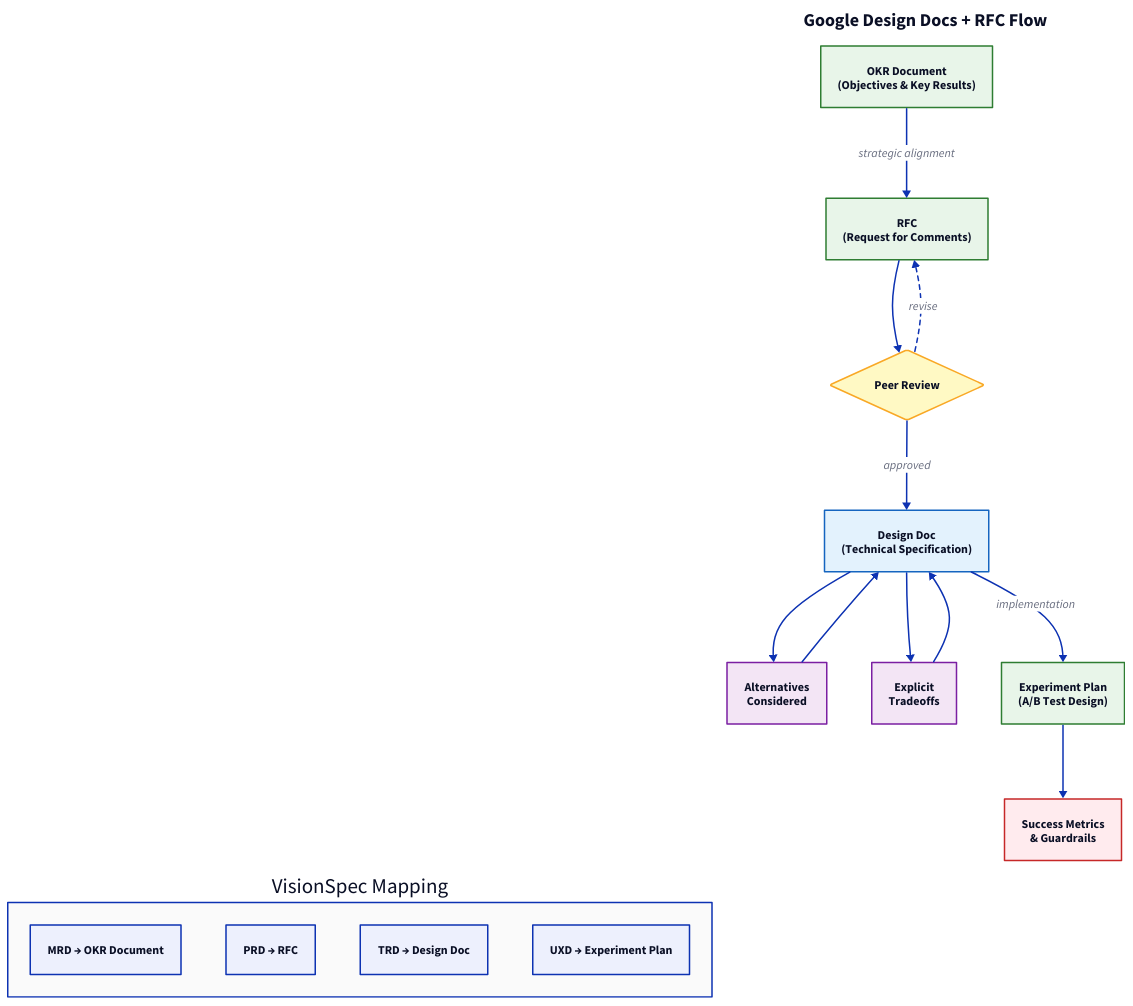
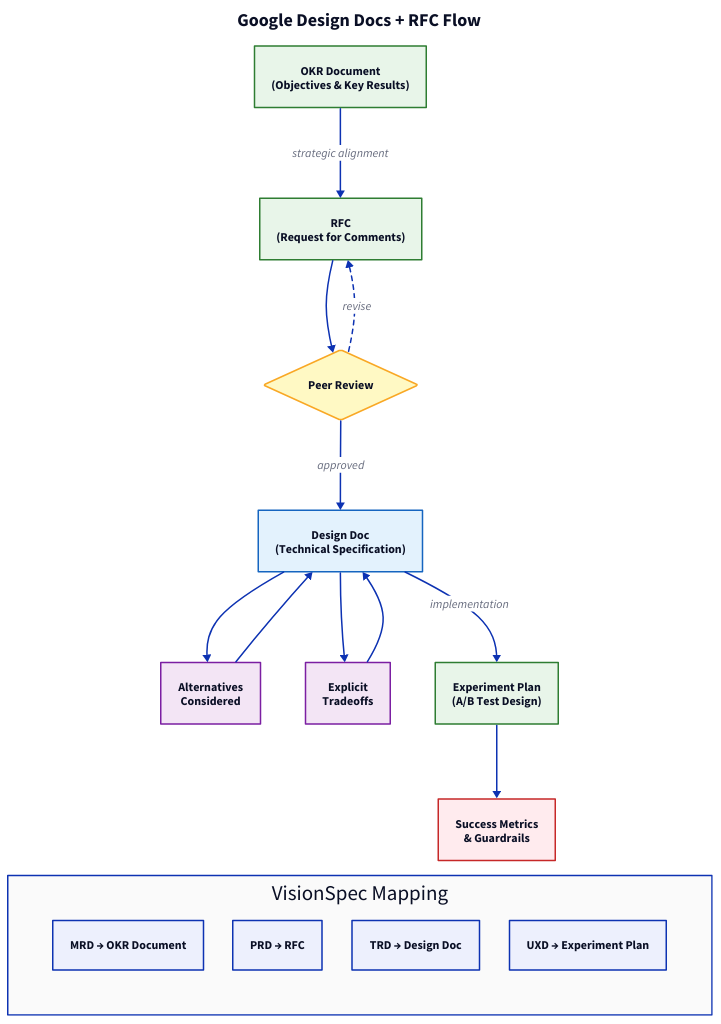
Before and after one commit to plexusone/multispec: the diagram in docs/diagrams/google-flow.d2, drawn with D2. The commit also changed 7 other files, not shown here.

First line of the commit message:
fix(diagrams): correct legend positioning to bottom-center

```diff
--- a/docs/diagrams/google-flow.d2
+++ b/docs/diagrams/google-flow.d2
@@ -1,98 +1,100 @@
 # Google Design Docs + RFC Flow
 # Layout: ELK
 
 direction: down
 
 title: {
   label: Google Design Docs + RFC Flow
   near: top-center
   shape: text
   style.font-size: 24
   style.bold: true
 }
 
 # OKR Phase
 okr: {
   label: OKR Document\n(Objectives & Key Results)
   shape: rectangle
   style.fill: "#e8f5e9"
   style.stroke: "#2e7d32"
 }
 
 # RFC Phase
 rfc: {
   label: RFC\n(Request for Comments)
   shape: rectangle
   style.fill: "#e8f5e9"
   style.stroke: "#2e7d32"
 }
 
 review: {
   label: Peer Review
   shape: diamond
   style.fill: "#fff9c4"
   style.stroke: "#f9a825"
 }
 
 # Design Doc Phase
 design_doc: {
   label: Design Doc\n(Technical Specification)
   shape: rectangle
   style.fill: "#e3f2fd"
   style.stroke: "#1565c0"
 }
 
 alternatives: {
   label: Alternatives\nConsidered
   shape: rectangle
   style.fill: "#f3e5f5"
   style.stroke: "#7b1fa2"
 }
 
 tradeoffs: {
   label: Explicit\nTradeoffs
   shape: rectangle
   style.fill: "#f3e5f5"
   style.stroke: "#7b1fa2"
 }
 
 # Experiment Phase
 experiment: {
   label: Experiment Plan\n(A/B Test Design)
   shape: rectangle
   style.fill: "#e8f5e9"
   style.stroke: "#2e7d32"
 }
 
 metrics: {
   label: Success Metrics\n& Guardrails
   shape: rectangle
   style.fill: "#ffebee"
   style.stroke: "#c62828"
 }
 
 # Flow
 okr -> rfc: "strategic alignment"
 rfc -> review
 review -> design_doc: "approved"
 review -> rfc: "revise" {style.stroke-dash: 3}
 
 design_doc -> alternatives
 design_doc -> tradeoffs
 alternatives -> design_doc
 tradeoffs -> design_doc
 
 design_doc -> experiment: "implementation"
 experiment -> metrics
 
-# VisionSpec Mapping
+# VisionSpec Mapping - positioned below diagram
 mapping: {
   label: VisionSpec Mapping
-  near: bottom-left
+  near: bottom-center
   style.fill: "#fafafa"
+
+  grid-columns: 4
 
   mrd_map: "MRD → OKR Document"
   prd_map: "PRD → RFC"
   trd_map: "TRD → Design Doc"
   uxd_map: "UXD → Experiment Plan"
 }
```
